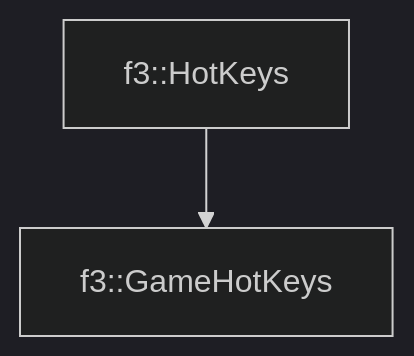
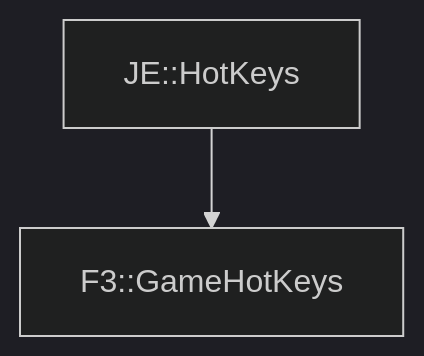
Before and after one commit to OpenJE/openvb: the diagram in docs/f3/GameHotKeys.md, drawn with Mermaid (dark theme). The commit also changed other lines of this file and 1399 other files, not shown here.

````diff
--- a/docs/f3/GameHotKeys.md
+++ b/docs/f3/GameHotKeys.md
@@ -16,4 +16,4 @@
 ```mermaid
 graph TD;
-    f3::HotKeys --> f3::GameHotKeys
+    JE::HotKeys --> F3::GameHotKeys
 ```
````
